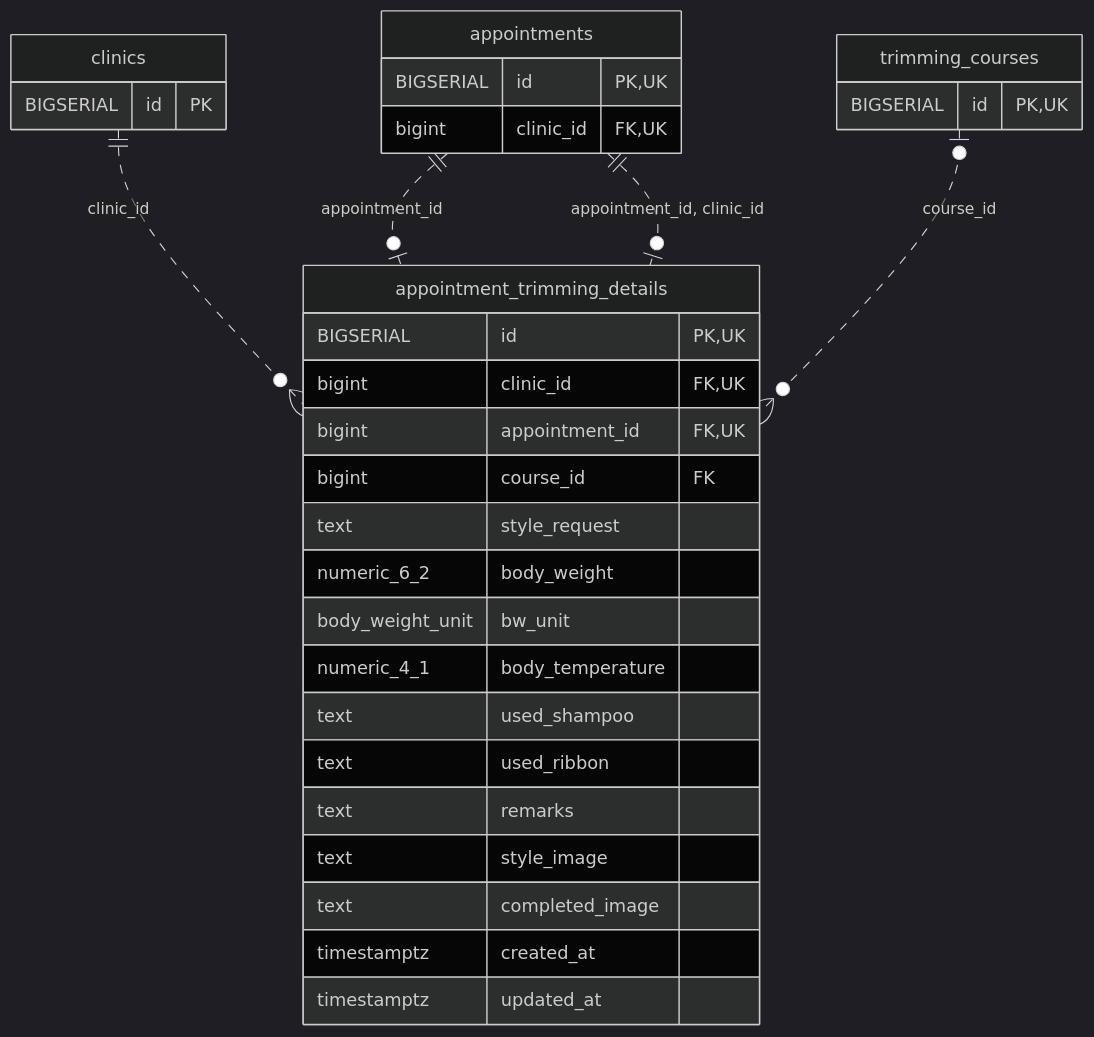
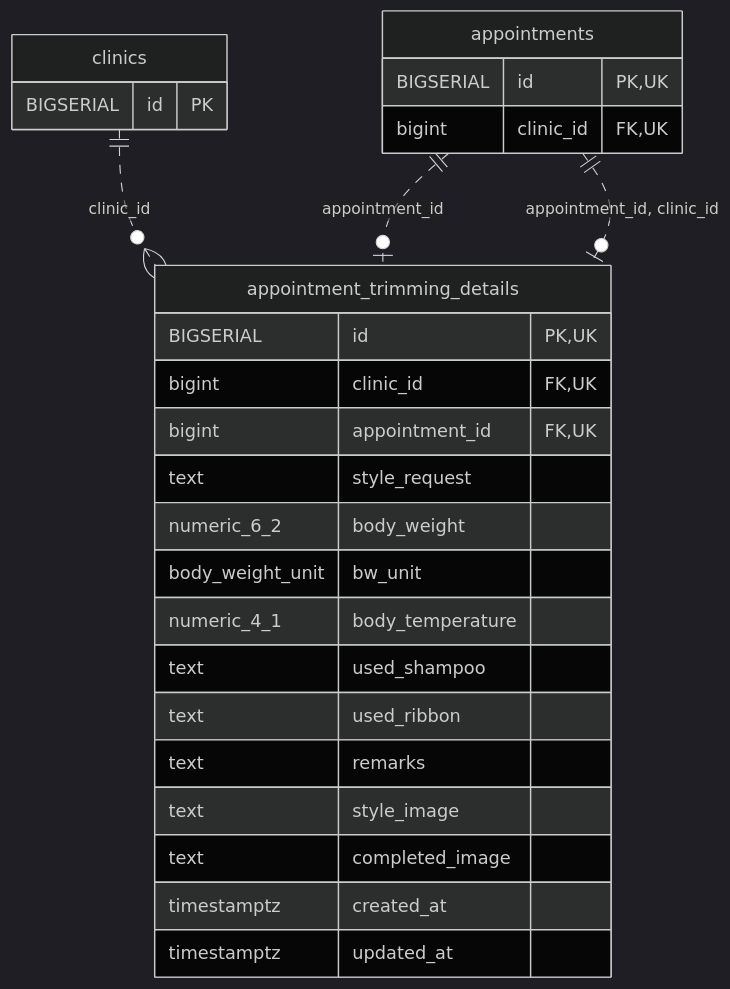
One commit to MinoruSoga/AnimalEkarte changed the diagram in docs/architecture/erd-detail/appointment_trimming_details.md. Above: the diagram before and after it, drawn with Mermaid (dark theme). The commit also changed other lines of this file and 147 other files, not shown here.

````diff
--- a/docs/architecture/erd-detail/appointment_trimming_details.md
+++ b/docs/architecture/erd-detail/appointment_trimming_details.md
@@ -38,34 +37,29 @@
 ```mermaid
 erDiagram
     appointment_trimming_details {
         BIGSERIAL id PK,UK
         bigint clinic_id FK,UK
         bigint appointment_id FK,UK
-        bigint course_id FK
         text style_request
         numeric_6_2 body_weight
         body_weight_unit bw_unit
         numeric_4_1 body_temperature
         text used_shampoo
         text used_ribbon
         text remarks
         text style_image
         text completed_image
         timestamptz created_at
         timestamptz updated_at
     }
     appointments {
         BIGSERIAL id PK,UK
         bigint clinic_id FK,UK
     }
     clinics {
         BIGSERIAL id PK
     }
-    trimming_courses {
-        BIGSERIAL id PK,UK
-    }
     clinics ||..o{ appointment_trimming_details : "clinic_id"
     appointments ||..o| appointment_trimming_details : "appointment_id"
-    trimming_courses o|..o{ appointment_trimming_details : "course_id"
     appointments ||..o| appointment_trimming_details : "appointment_id, clinic_id"
 ```
````
